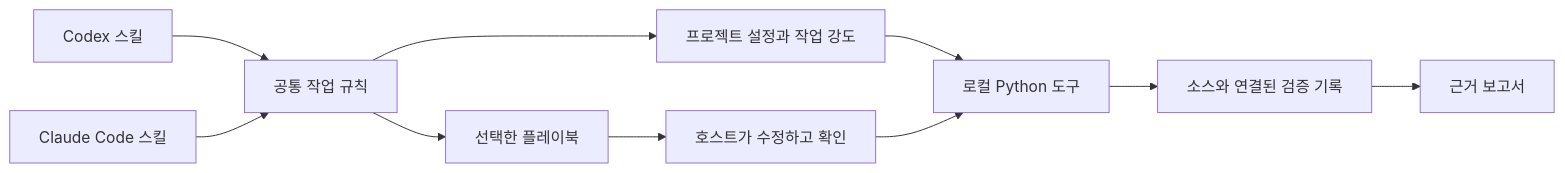
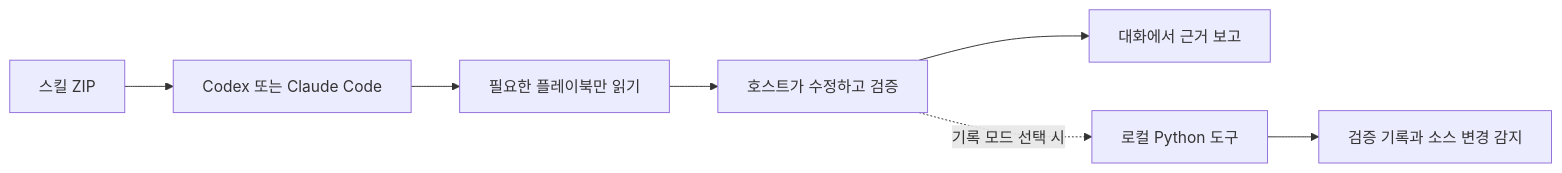
Before and after one commit to promptprobe/jstack: the diagram in README.md, drawn with Mermaid. The commit also changed other lines of this file and 24 other files, not shown here.

````diff
--- a/README.md
+++ b/README.md
@@ -192,12 +168,9 @@
 ```mermaid
 flowchart LR
-  A[Codex 스킬] --> C[공통 작업 규칙]
-  B[Claude Code 스킬] --> C
-  C --> D[선택한 플레이북]
-  C --> E[프로젝트 설정과 작업 강도]
-  D --> F[호스트가 수정하고 확인]
-  E --> G[로컬 Python 도구]
-  F --> G
-  G --> H[소스와 연결된 검증 기록]
-  H --> I[근거 보고서]
+  A[스킬 ZIP] --> B[Codex 또는 Claude Code]
+  B --> C[필요한 플레이북만 읽기]
+  C --> D[호스트가 수정하고 검증]
+  D --> E[대화에서 근거 보고]
+  D -. 기록 모드 선택 시 .-> F[로컬 Python 도구]
+  F --> G[검증 기록과 소스 변경 감지]
 ```
````
